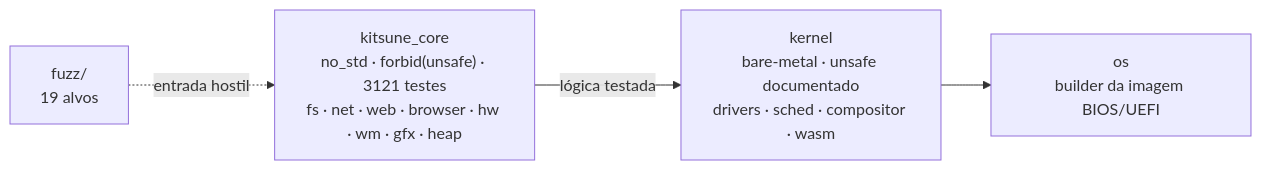
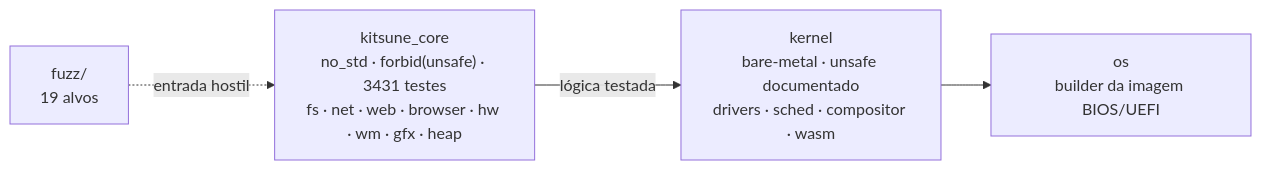
The diagram in README.md (Jeffinp/Kitsune), drawn with Mermaid before and after one commit. The commit also changed other lines of this file and 5 other files, not shown here.

````diff
--- a/README.md
+++ b/README.md
@@ -148,9 +148,9 @@
 ```mermaid
 flowchart LR
-    CORE["kitsune_core<br/>no_std · forbid(unsafe) · 3121 testes<br/>fs · net · web · browser · hw · wm · gfx · heap"]
+    CORE["kitsune_core<br/>no_std · forbid(unsafe) · 3431 testes<br/>fs · net · web · browser · hw · wm · gfx · heap"]
     KERNEL["kernel<br/>bare-metal · unsafe documentado<br/>drivers · sched · compositor · wasm"]
     OS["os<br/>builder da imagem BIOS/UEFI"]
     FUZZ["fuzz/<br/>19 alvos"]
     CORE -->|lógica testada| KERNEL --> OS
     FUZZ -.->|entrada hostil| CORE
 ```
````
